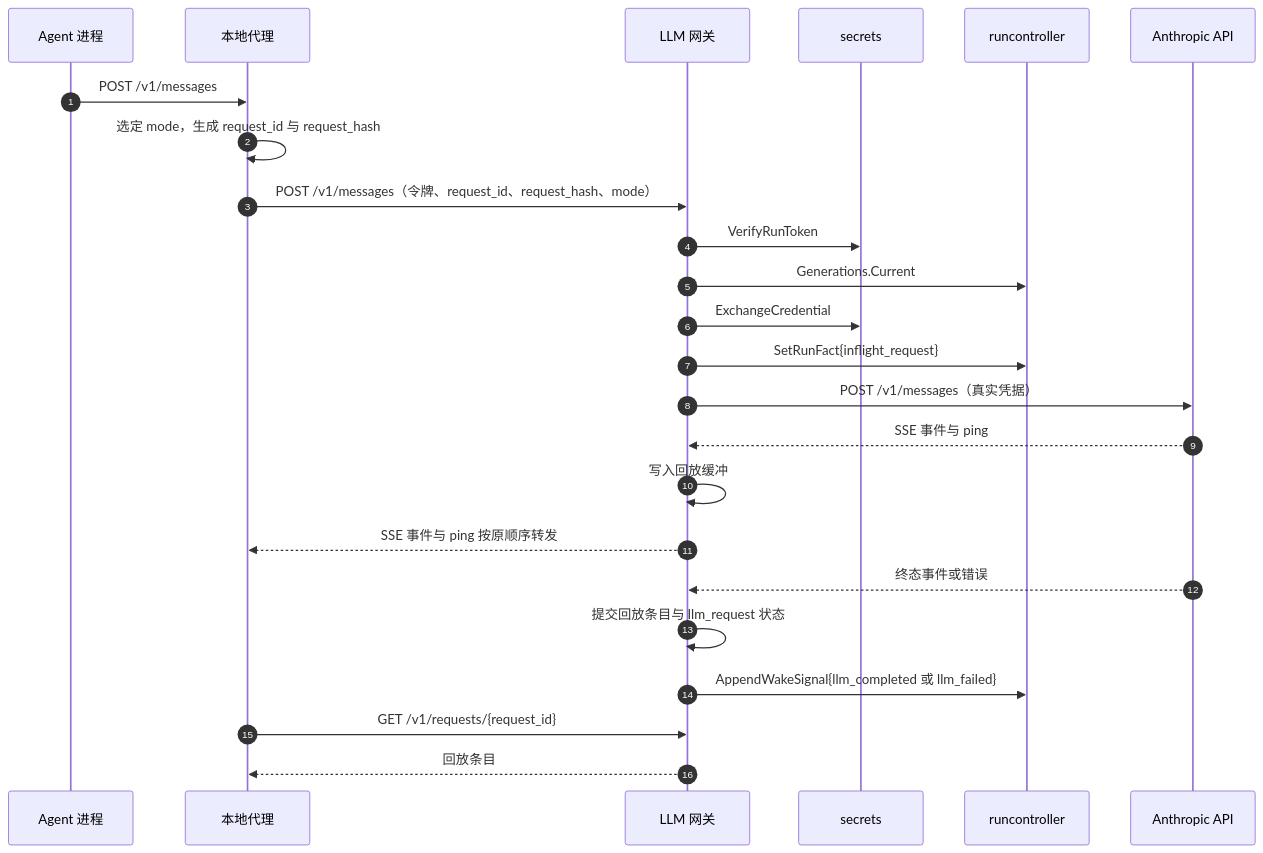
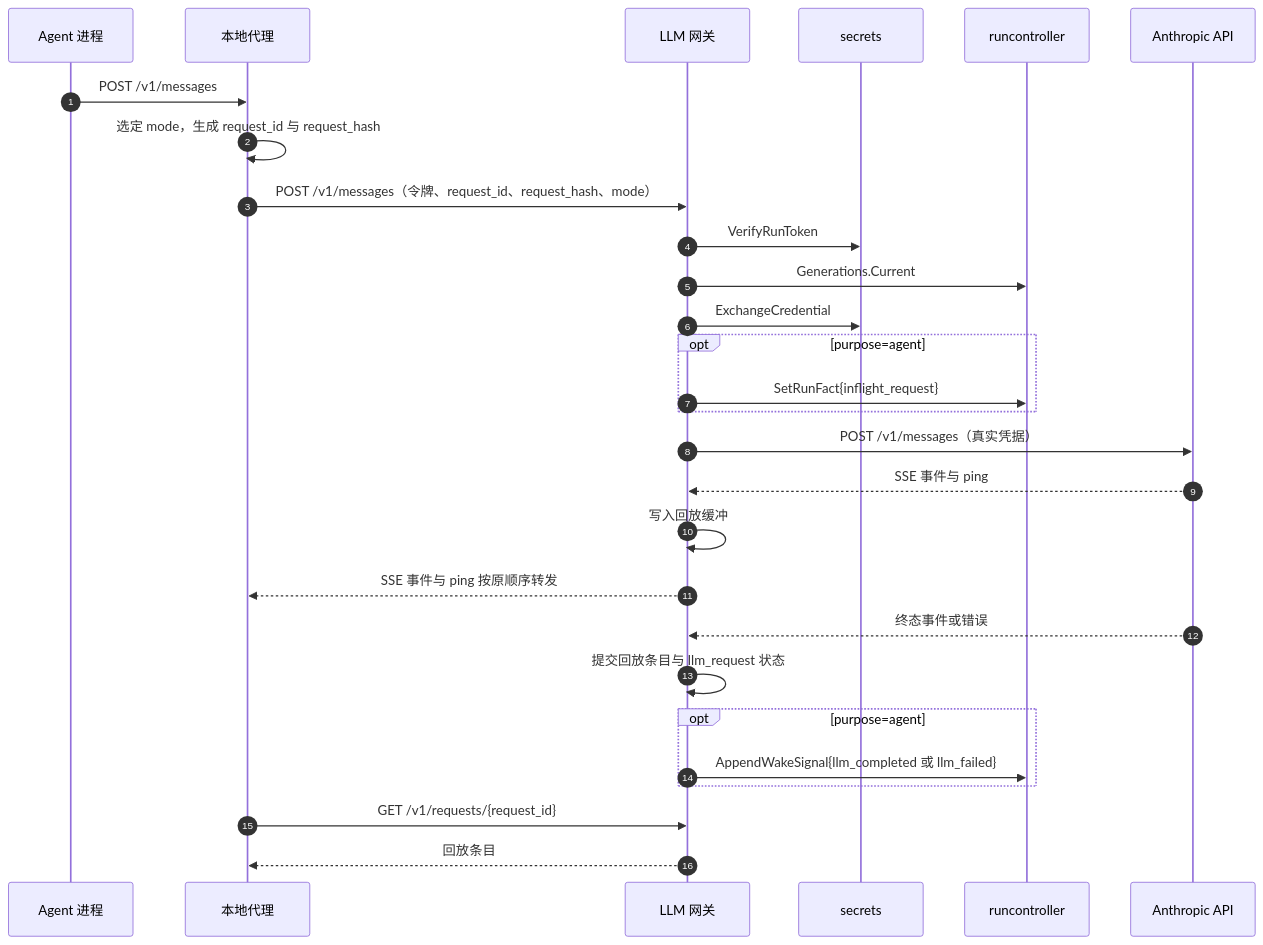
One commit to wangzw/castworks changed the first of 3 diagrams in docs/design/modules/design-llmgateway.md. Above: the diagram before and after it, drawn with Mermaid. The commit also changed other lines of this file and 13 other files, not shown here.

````diff
--- a/docs/design/modules/design-llmgateway.md
+++ b/docs/design/modules/design-llmgateway.md
@@ -142,26 +146,30 @@
 ```mermaid
 sequenceDiagram
     autonumber
     participant A as Agent 进程
     participant P as 本地代理
     participant G as LLM 网关
     participant S as secrets
     participant R as runcontroller
     participant U as Anthropic API
     A->>P: POST /v1/messages
     P->>P: 选定 mode，生成 request_id 与 request_hash
     P->>G: POST /v1/messages（令牌、request_id、request_hash、mode）
     G->>S: VerifyRunToken
     G->>R: Generations.Current
     G->>S: ExchangeCredential
-    G->>R: SetRunFact{inflight_request}
+    opt purpose=agent
+        G->>R: SetRunFact{inflight_request}
+    end
     G->>U: POST /v1/messages（真实凭据）
     U-->>G: SSE 事件与 ping
     G->>G: 写入回放缓冲
     G-->>P: SSE 事件与 ping 按原顺序转发
     U-->>G: 终态事件或错误
     G->>G: 提交回放条目与 llm_request 状态
-    G->>R: AppendWakeSignal{llm_completed 或 llm_failed}
+    opt purpose=agent
+        G->>R: AppendWakeSignal{llm_completed 或 llm_failed}
+    end
     P->>G: GET /v1/requests/{request_id}
     G-->>P: 回放条目
 ```
````
